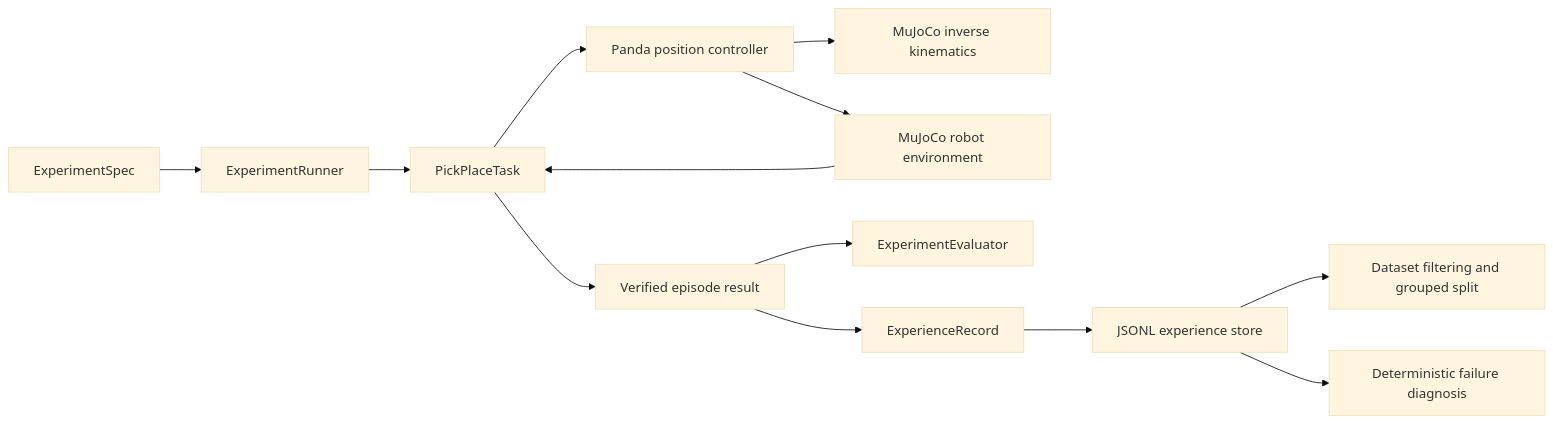
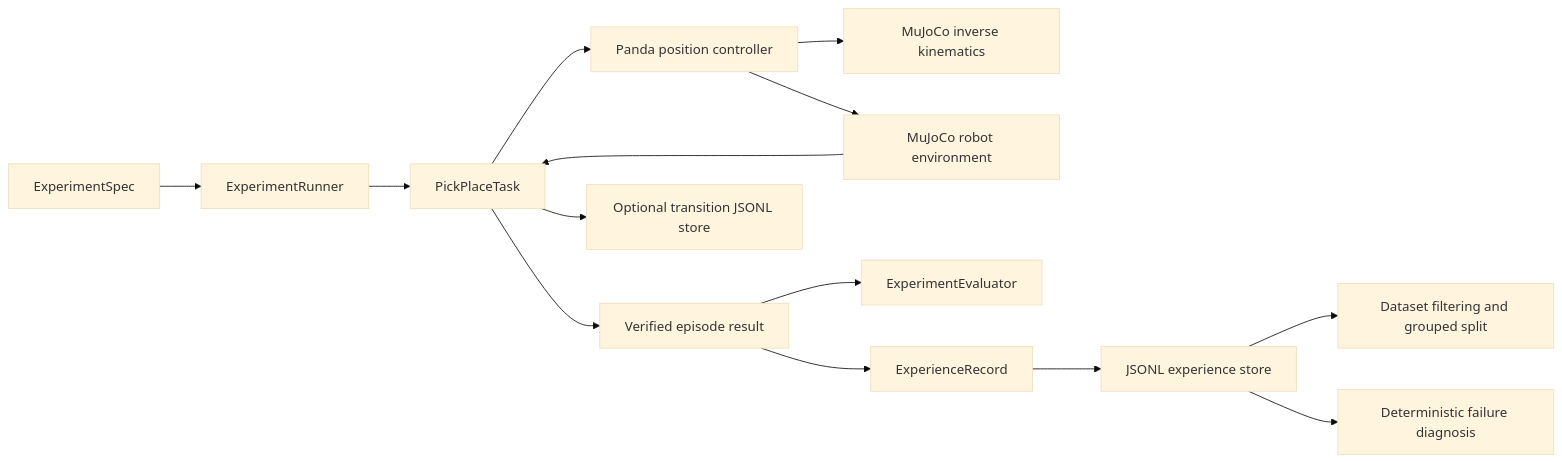
One commit to monithsurya/Trajecta changed the diagram in README.md. Above: the diagram before and after it, drawn with Mermaid (base theme). The commit also changed other lines of this file and 9 other files, not shown here.

````diff
--- a/README.md
+++ b/README.md
@@ -45,15 +46,16 @@
 ```mermaid
 flowchart LR
   Spec[ExperimentSpec] --> Runner[ExperimentRunner]
   Runner --> Task[PickPlaceTask]
   Task --> Controller[Panda position controller]
   Controller --> IK[MuJoCo inverse kinematics]
   Controller --> Env[MuJoCo robot environment]
   Env --> Task
   Task --> Result[Verified episode result]
   Result --> Eval[ExperimentEvaluator]
   Result --> Record[ExperienceRecord]
   Record --> Store[JSONL experience store]
+  Task --> Transitions[Optional transition JSONL store]
   Store --> Dataset[Dataset filtering and grouped split]
   Store --> Failure[Deterministic failure diagnosis]
 ```
````
